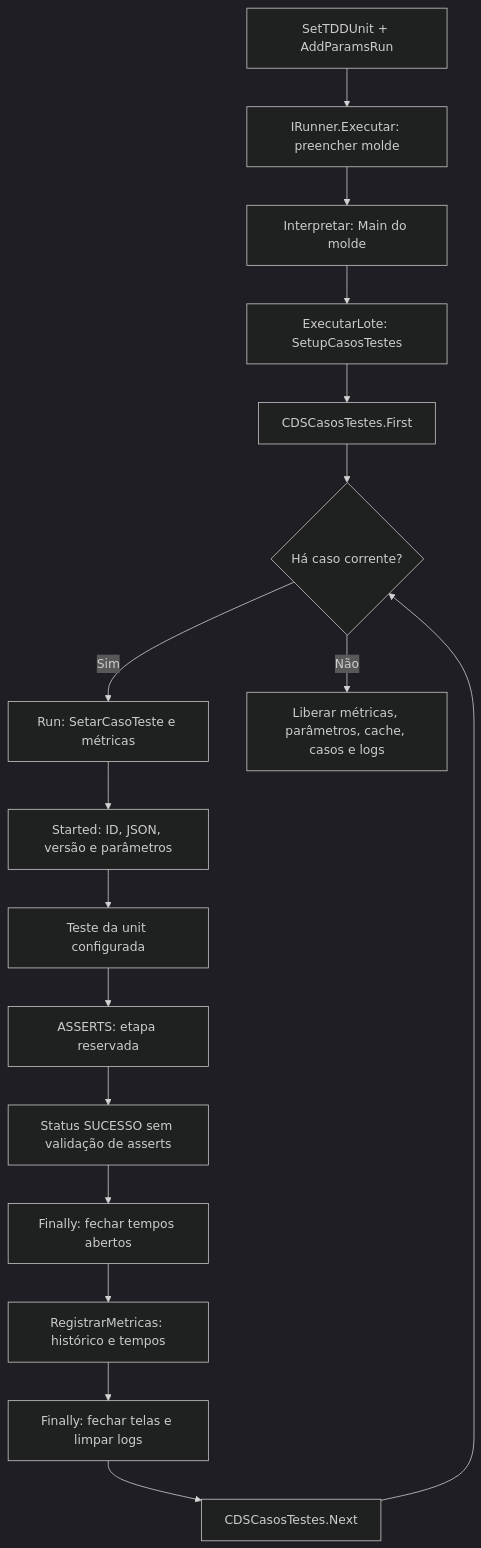
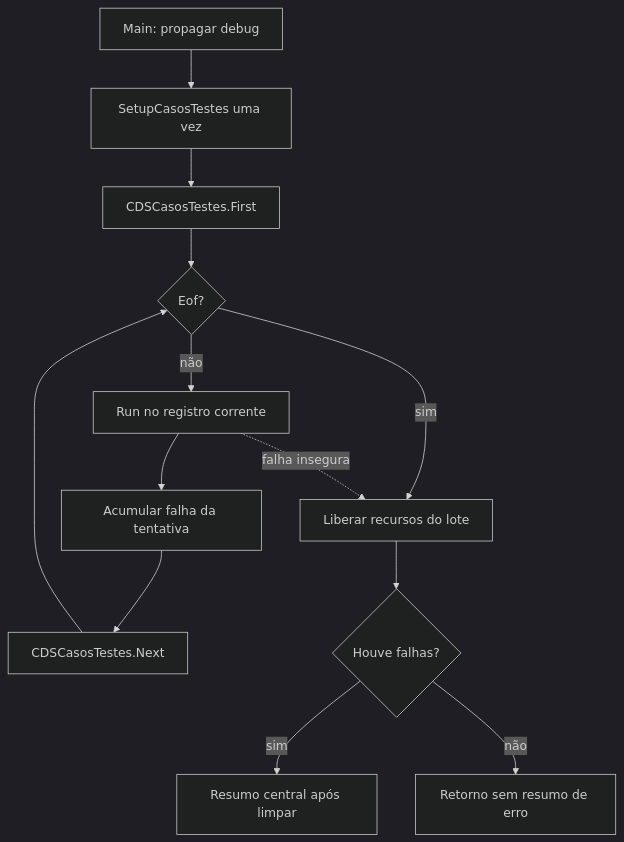
One commit to ModulosTestesAutomatizados/TestesAutomatizadosERP changed the diagram in docs/MAPEAMENTO_AST_USES_UNITS/runner/lote.md. Above: the diagram before and after it, drawn with Mermaid (dark theme). The commit also changed other lines of this file and 33 other files, not shown here.

````diff
--- a/docs/MAPEAMENTO_AST_USES_UNITS/runner/lote.md
+++ b/docs/MAPEAMENTO_AST_USES_UNITS/runner/lote.md
@@ -5,19 +3,15 @@
 ```mermaid
 flowchart TD
-  Entrada["SetTDDUnit + AddParamsRun"] --> Montar["IRunner.Executar: preencher molde"]
-  Montar --> Interpretar["Interpretar: Main do molde"]
-  Interpretar --> Setup["ExecutarLote: SetupCasosTestes"]
-  Setup --> First["CDSCasosTestes.First"]
-  First --> Corrente{"Há caso corrente?"}
-  Corrente -- Sim --> Run["Run: SetarCasoTeste e métricas"]
-  Run --> Started["Started: ID, JSON, versão e parâmetros"]
-  Started --> Teste["Teste da unit configurada"]
-  Teste --> Asserts["ASSERTS: etapa reservada"]
-  Asserts --> Sucesso["Status SUCESSO sem validação de asserts"]
-  Sucesso --> Tempos["Finally: fechar tempos abertos"]
-  Tempos --> Finished["RegistrarMetricas: histórico e tempos"]
-  Finished --> Telas["Finally: fechar telas e limpar logs"]
-  Telas --> Next["CDSCasosTestes.Next"]
-  Next --> Corrente
-  Corrente -- Não --> Limpeza["Liberar métricas, parâmetros, cache, casos e logs"]
+ M["Main: propagar debug"] --> S["SetupCasosTestes uma vez"]
+ S --> F["CDSCasosTestes.First"]
+ F --> E{"Eof?"}
+ E -- "não" --> R["Run no registro corrente"]
+ R --> A["Acumular falha da tentativa"]
+ A --> N["CDSCasosTestes.Next"]
+ N --> E
+ E -- "sim" --> C["Liberar recursos do lote"]
+ C --> Q{"Houve falhas?"}
+ Q -- "sim" --> X["Resumo central após limpar"]
+ Q -- "não" --> O["Retorno sem resumo de erro"]
+ R -. "falha insegura" .-> C
 ```
````
